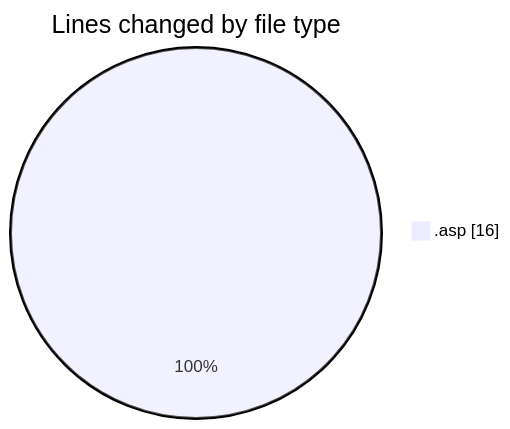
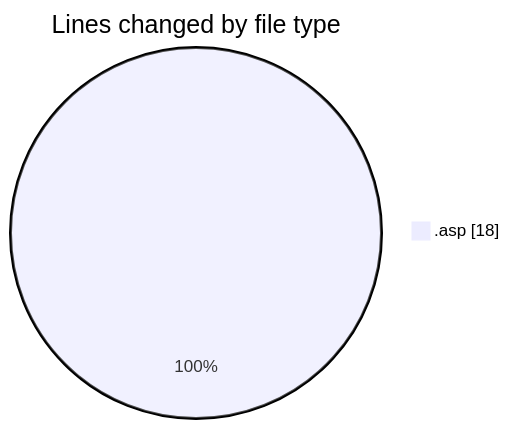
The first of 2 diagrams in 2025-11-02/cdp_aleoudev_fr__workspace_/README.md (julien-gomy/code-tracking), drawn with Mermaid before and after one commit. The commit also changed other lines of this file and 1 other file, not shown here.

````diff
--- a/2025-11-02/cdp_aleoudev_fr__workspace_/README.md
+++ b/2025-11-02/cdp_aleoudev_fr__workspace_/README.md
@@ -21,5 +21,5 @@
 ```mermaid
 pie showData
 title Lines changed by file type
-".asp" : 16
+".asp" : 18
 ```
````
